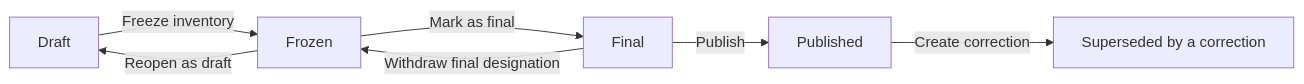
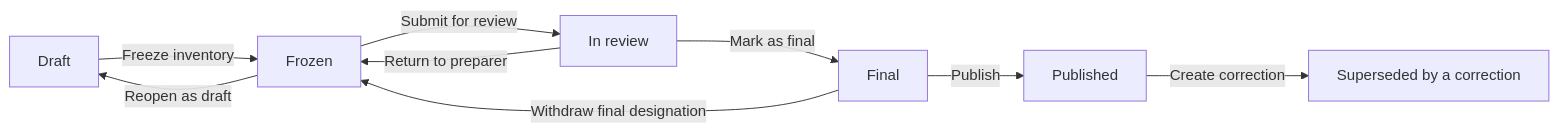
One commit to miketak/carbonos changed the diagram in help/docs/get-started/how-an-inventory-becomes-a-report.md. Above: the diagram before and after it, drawn with Mermaid. The commit also changed other lines of this file and 30 other files, not shown here.

First line of the commit message:
docs(help): submit for review, return to the preparer, and a sign-off by someone else (ECO-13, help) (#186)

````diff
--- a/help/docs/get-started/how-an-inventory-becomes-a-report.md
+++ b/help/docs/get-started/how-an-inventory-becomes-a-report.md
@@ -35,11 +34,13 @@
 ```mermaid
 flowchart LR
     accTitle: The inventory lifecycle
-    accDescr: An inventory starts as a draft, is frozen to allow runs, becomes final when a run is designated, and is published. A published inventory never changes; a correction supersedes it.
+    accDescr: An inventory starts as a draft, is frozen to allow runs, goes into review when a run is submitted, becomes final when someone other than the submitter marks it final, and is published. A published inventory never changes; a correction supersedes it.
     D[Draft] -->|Freeze inventory| F[Frozen]
     F -->|Reopen as draft| D
-    F -->|Mark as final| N[Final]
+    F -->|Submit for review| R[In review]
+    R -->|Return to preparer| F
+    R -->|Mark as final| N[Final]
     N -->|Withdraw final designation| F
     N -->|Publish| P[Published]
     P -->|Create correction| C[Superseded by a correction]
 ```
````
